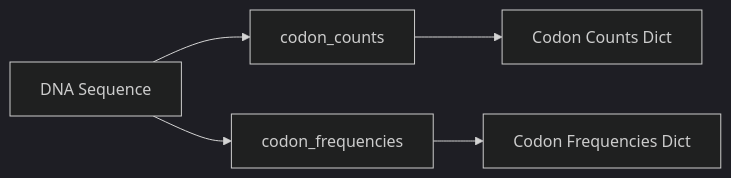
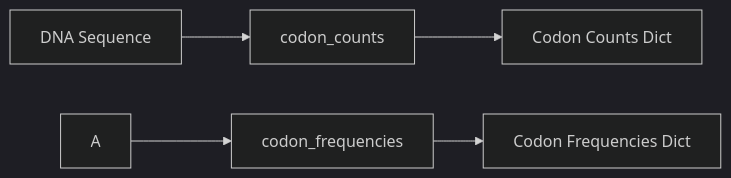
Before and after one commit to docxology/MetaInformAnt: the diagram in docs/dna/codon.md, drawn with Mermaid (dark theme). The commit also changed 611 other files, not shown here.

````diff
--- a/docs/dna/codon.md
+++ b/docs/dna/codon.md
@@ -5,5 +5,5 @@
 ```mermaid
 flowchart LR
-  A[DNA Sequence] --> B[codon_counts] --> C[Codon Counts Dict]
-  A --> D[codon_frequencies] --> E[Codon Frequencies Dict]
+  AdnaSequence[DNA Sequence] --> BcodonCounts[codon_counts] --> CcodonCountsDict[Codon Counts Dict]
+  A --> DcodonFrequencies[codon_frequencies] --> EcodonFrequenciesDict[Codon Frequencies Dict]
 ```
````
